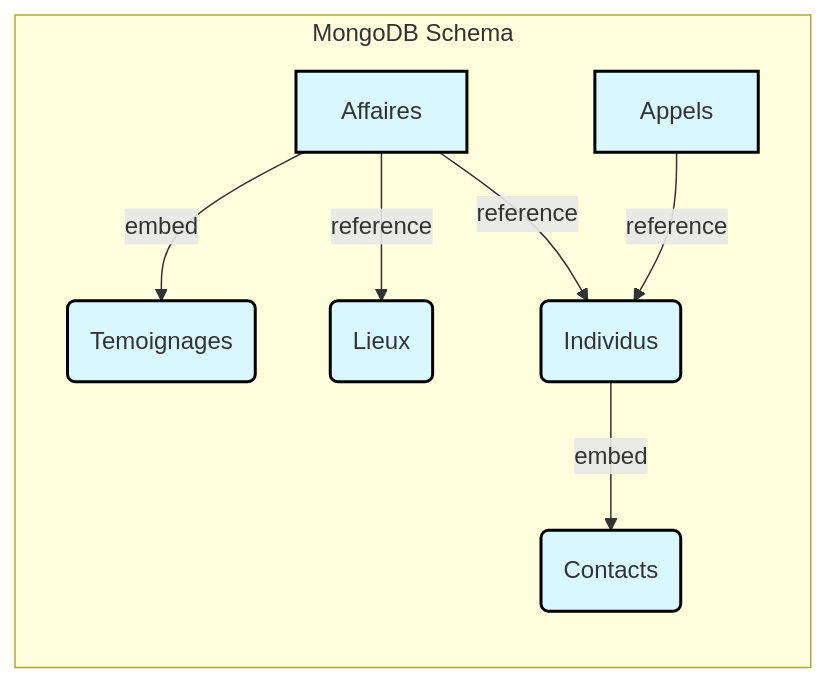
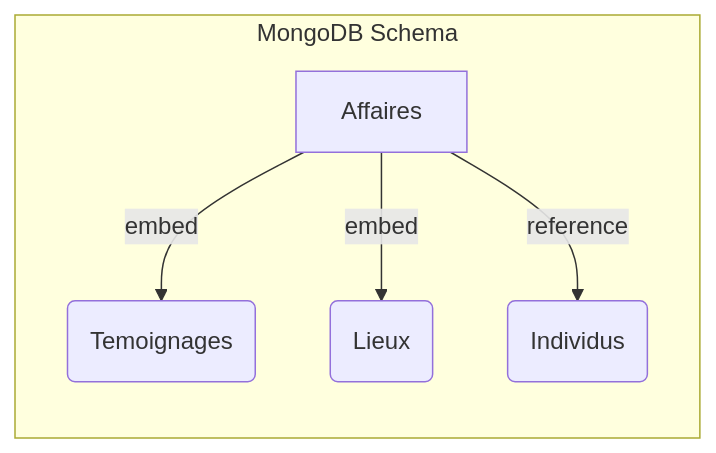
The first of 2 diagrams in README.md (Sagbyy/crime-lab), drawn with Mermaid before and after one commit. The commit also changed other lines of this file and 5 other files, not shown here.

Commit message:
Refactor database schemas and update seed data; remove obsolete Neo4j and MongoDB schemas, enhance seed-neo4j.cypher with new data and relationships, and modify docker-compose.yaml for service restart policy.

````diff
--- a/README.md
+++ b/README.md
@@ -22,17 +22,8 @@
 ```mermaid
 graph LR
     subgraph MongoDB Schema
         A[Affaires] --> |embed| T(Temoignages)
-        A --> |reference| L(Lieux)
+        A --> |embed| L(Lieux)
         A --> |reference| I(Individus)
-        I --> |embed| C(Contacts)
-        AP[Appels] --> |reference| I
     end
-
-    style A fill:#d9f7ff,stroke:#000,stroke-width:2px
-    style T fill:#d9f7ff,stroke:#000,stroke-width:2px
-    style L fill:#d9f7ff,stroke:#000,stroke-width:2px
-    style I fill:#d9f7ff,stroke:#000,stroke-width:2px
-    style AP fill:#d9f7ff,stroke:#000,stroke-width:2px
-    style C fill:#d9f7ff,stroke:#000,stroke-width:2px
 ```
````
